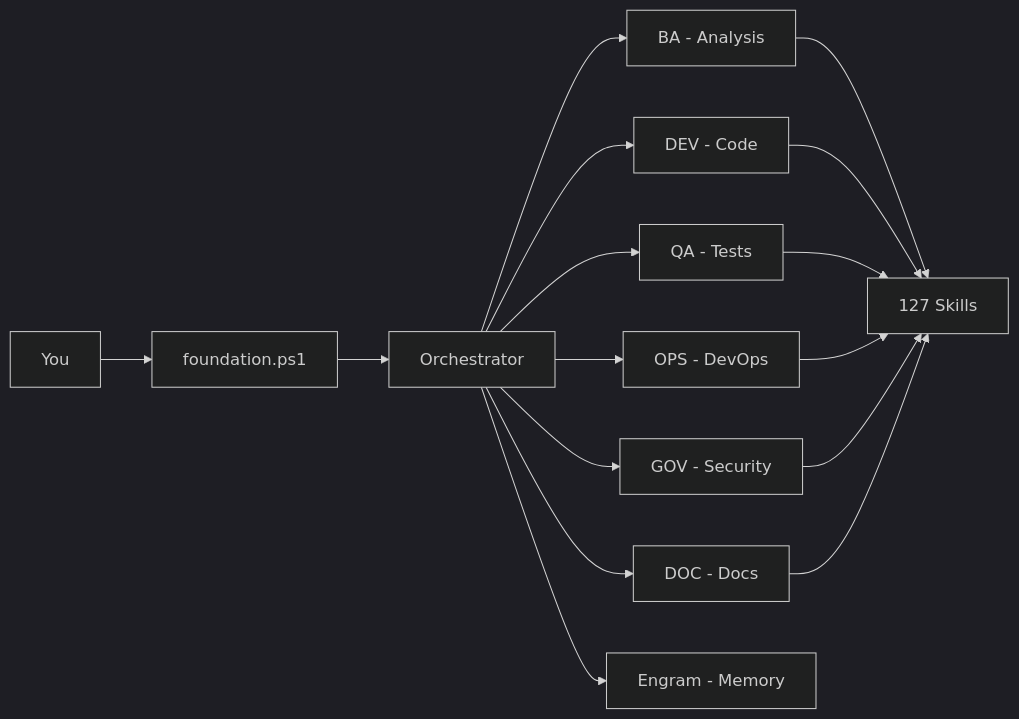
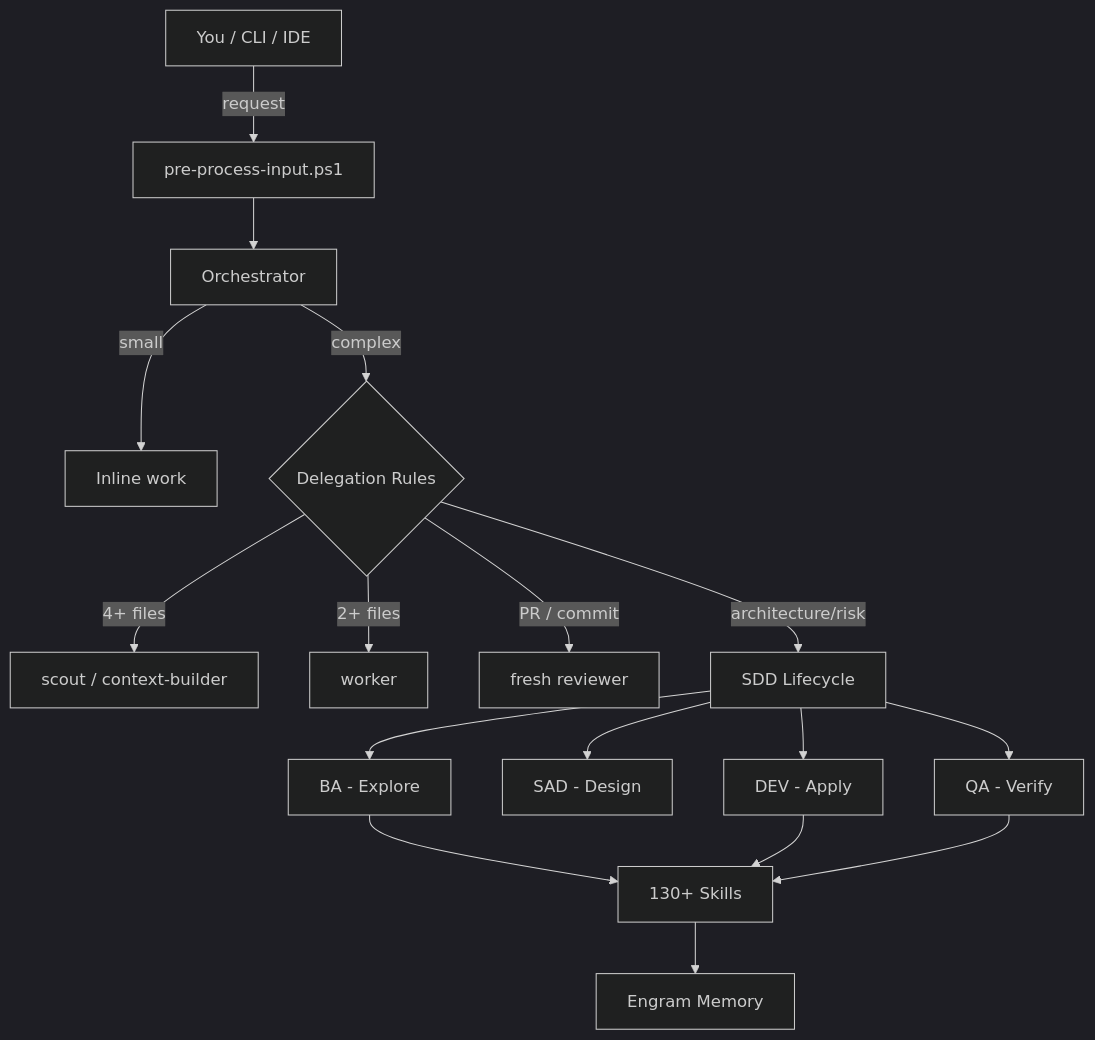
One commit to EmmanuelOrtiz87/gentle-vanguard changed the first of 3 diagrams in README.md. Above: the diagram before and after it, drawn with Mermaid (dark theme). The commit also changed other lines of this file and 11 other files, not shown here.

Commit message:
feat: v2.15.0 — skill registry rewrite, delegation rules, SDD preflight, model routing, review guard

````diff
--- a/README.md
+++ b/README.md
@@ -34,18 +40,24 @@
 ```mermaid
-flowchart LR
-    YOU[You] --> WF[foundation.ps1]
-    WF --> ORC[Orchestrator]
-    ORC --> BA[BA - Analysis]
-    ORC --> DEV[DEV - Code]
-    ORC --> QA[QA - Tests]
-    ORC --> OPS[OPS - DevOps]
-    ORC --> GOV[GOV - Security]
-    ORC --> DOC[DOC - Docs]
-    ORC --> MEM[Engram - Memory]
-    BA --> SKILLS[127 Skills]
+flowchart TB
+    YOU[You / CLI / IDE]
+    YOU -->|request| PP[pre-process-input.ps1]
+    PP --> ORC[Orchestrator]
+
+    ORC -->|small| INLINE[Inline work]
+    ORC -->|complex| DELEGATE{Delegation Rules}
+    DELEGATE -->|4+ files| SCOUT[scout / context-builder]
+    DELEGATE -->|2+ files| WORKER[worker]
+    DELEGATE -->|PR / commit| REVIEWER[fresh reviewer]
+    DELEGATE -->|architecture/risk| SDD[SDD Lifecycle]
+
+    SDD --> BA[BA - Explore]
+    SDD --> SAD[SAD - Design]
+    SDD --> DEV[DEV - Apply]
+    SDD --> QA[QA - Verify]
+
+    BA --> SKILLS[130+ Skills]
     DEV --> SKILLS
     QA --> SKILLS
-    OPS --> SKILLS
-    GOV --> SKILLS
-    DOC --> SKILLS
+
+    SKILLS --> MEM[Engram Memory]
 ```
````
